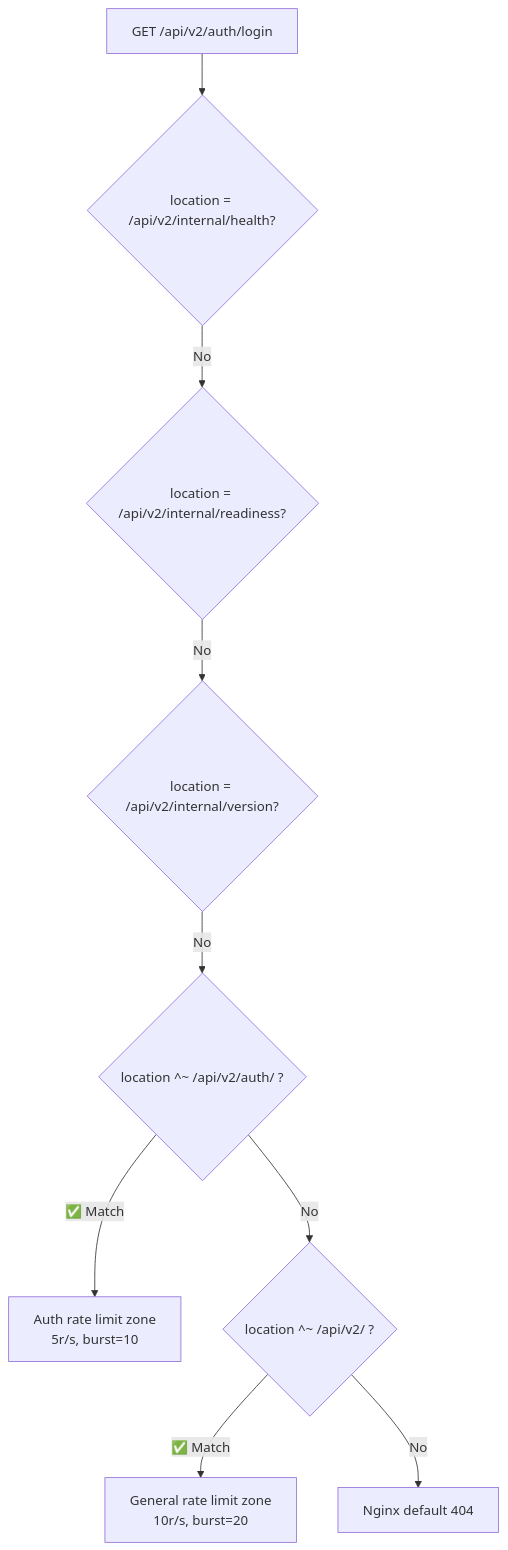
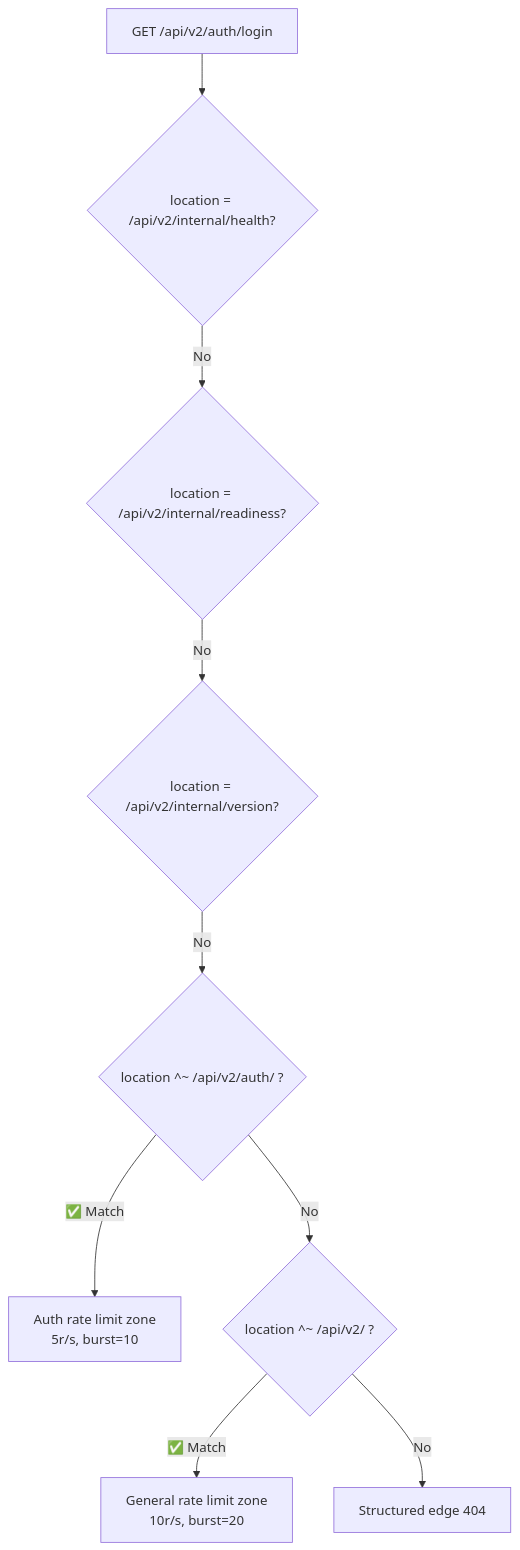
One commit to thec1rclehost123-cmd/C1RCLE-BACKEND changed the fourth of 5 diagrams in docs/nginx/url-hiding-rerouting.md. Above: the diagram before and after it, drawn with Mermaid. The commit also changed other lines of this file and 7 other files, not shown here.

Commit message:
fix(nginx): reject non-api paths at the edge

````diff
--- a/docs/nginx/url-hiding-rerouting.md
+++ b/docs/nginx/url-hiding-rerouting.md
@@ -102,11 +102,11 @@
 ```mermaid
 flowchart TD
   Req["GET /api/v2/auth/login"] --> L1{"location = /api/v2/internal/health?"}
   L1 -->|No| L2{"location = /api/v2/internal/readiness?"}
   L2 -->|No| L3{"location = /api/v2/internal/version?"}
   L3 -->|No| L4{"location ^~ /api/v2/auth/ ?"}
   L4 -->|"✅ Match"| AuthRate["Auth rate limit zone<br/>5r/s, burst=10"]
   L4 -->|No| L5{"location ^~ /api/v2/ ?"}
   L5 -->|"✅ Match"| GeneralRate["General rate limit zone<br/>10r/s, burst=20"]
-  L5 -->|No| NotFound["Nginx default 404"]
+  L5 -->|No| NotFound["Structured edge 404"]
 ```
````
